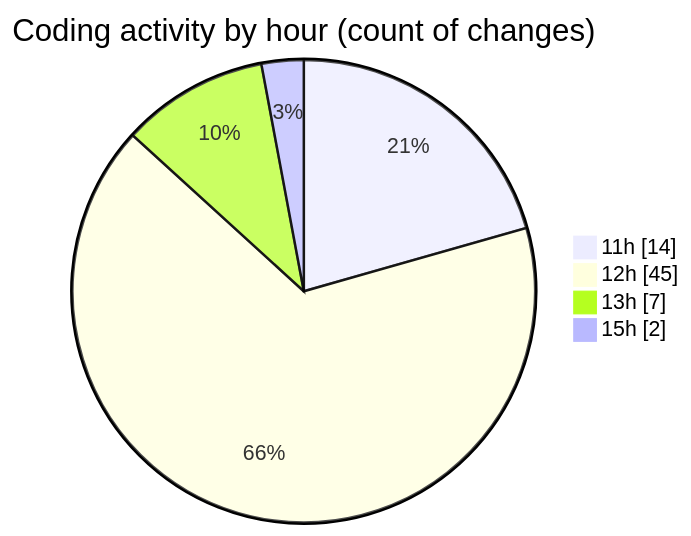
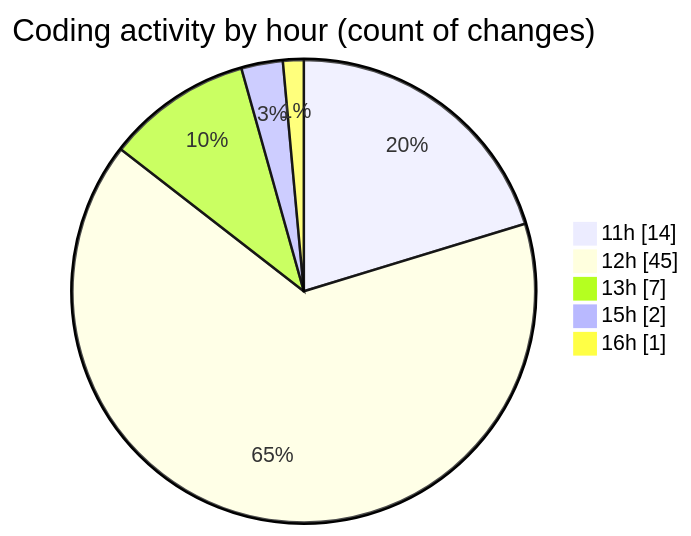
The second of 2 diagrams in 2026-08-24/nxtqube_webapp/README.md (nxtqubesakshisongat/code-tracking), drawn with Mermaid before and after one commit. The commit also changed other lines of this file and 1 other file, not shown here.

````diff
--- a/2026-08-24/nxtqube_webapp/README.md
+++ b/2026-08-24/nxtqube_webapp/README.md
@@ -41,8 +43,9 @@
 ```mermaid
 pie showData
 title Coding activity by hour (count of changes)
 "11h" : 14
 "12h" : 45
 "13h" : 7
 "15h" : 2
+"16h" : 1
 ```
````
